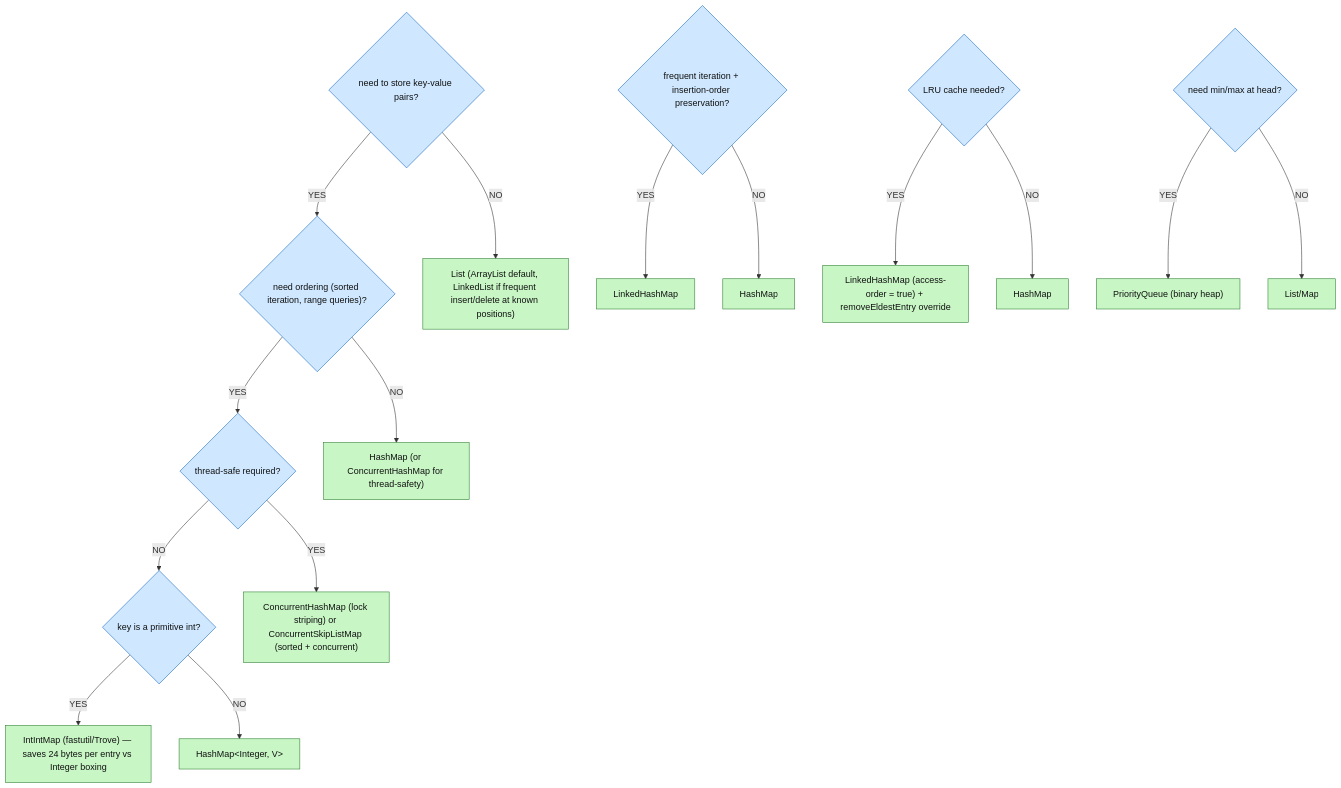
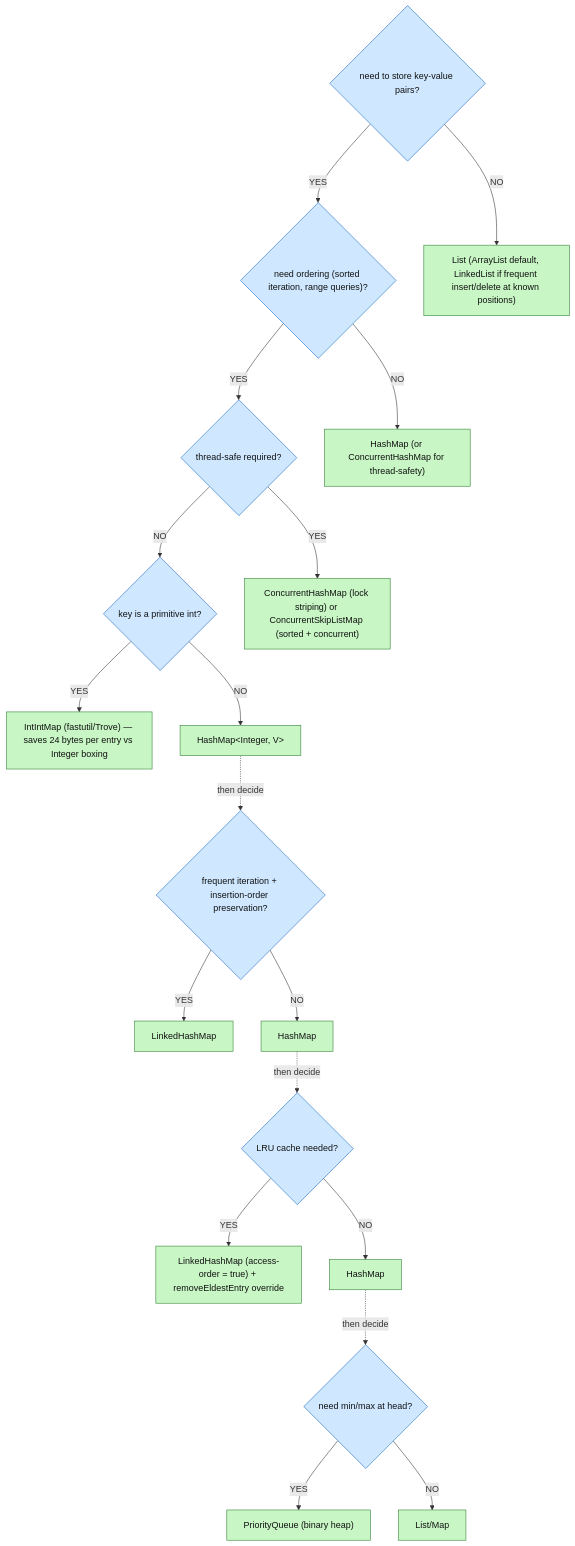
The third of 3 diagrams in 02_Data_Structures/03_Collections_Java.md (SaiHarsha502vvit/Daily-Prep), drawn with Mermaid before and after one commit. The commit also changed 9 other files, not shown here.

First line of the commit message:
docs(data-structures): decision trees to Mermaid in A3/A4 and connect chained questions

````diff
--- a/02_Data_Structures/03_Collections_Java.md
+++ b/02_Data_Structures/03_Collections_Java.md
@@ -1192,28 +1192,31 @@
 ```mermaid
 flowchart TD
     Q0{"need to store key-value pairs?"}
     Q1{"need ordering (sorted iteration, range queries)?"}
     Q2{"thread-safe required?"}
     Q3{"key is a primitive int?"}
     Q4{"frequent iteration + insertion-order preservation?"}
     Q5{"LRU cache needed?"}
     Q6{"need min/max at head?"}
     Q0 -- YES --> Q1
     Q0 -- NO --> A1["List (ArrayList default, LinkedList if frequent insert/delete at known positions)"]
     Q1 -- YES --> Q2
     Q1 -- NO --> A2["HashMap (or ConcurrentHashMap for thread-safety)"]
     Q2 -- YES --> A3["ConcurrentHashMap (lock striping) or ConcurrentSkipListMap (sorted + concurrent)"]
     Q2 -- NO --> Q3
     Q3 -- YES --> A4["IntIntMap (fastutil/Trove) — saves 24 bytes per entry vs Integer boxing"]
     Q3 -- NO --> A5["HashMap&lt;Integer, V&gt;"]
     Q4 -- YES --> A6["LinkedHashMap"]
     Q4 -- NO --> A7["HashMap"]
     Q5 -- YES --> A8["LinkedHashMap (access-order = true) + removeEldestEntry override"]
     Q5 -- NO --> A9["HashMap"]
     Q6 -- YES --> A10["PriorityQueue (binary heap)"]
     Q6 -- NO --> A11["List/Map"]
+    A5 -. "then decide" .-> Q4
+    A7 -. "then decide" .-> Q5
+    A9 -. "then decide" .-> Q6
     classDef ask fill:#cfe8ff,stroke:#1565c0,color:#111
     classDef ans fill:#c8f7c5,stroke:#2e7d32,color:#111
     class Q0,Q1,Q2,Q3,Q4,Q5,Q6 ask
     class A1,A2,A3,A4,A5,A6,A7,A8,A9,A10,A11 ans
 ```
````
